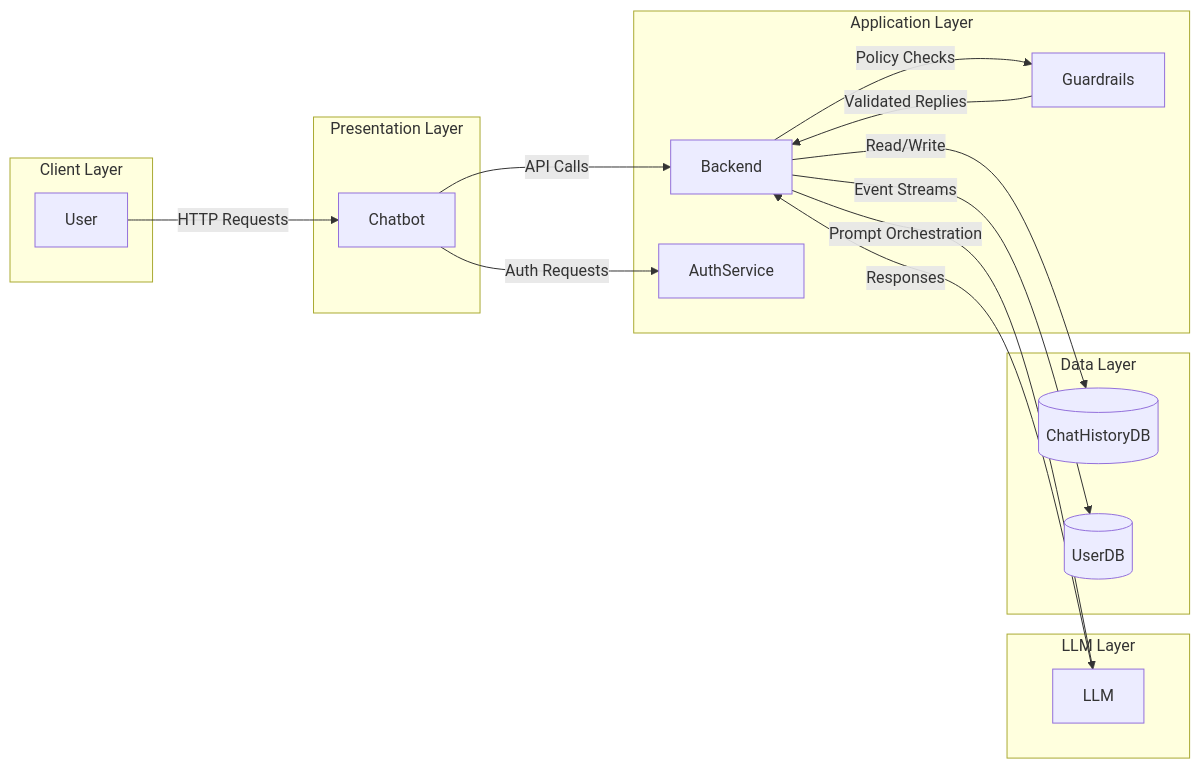
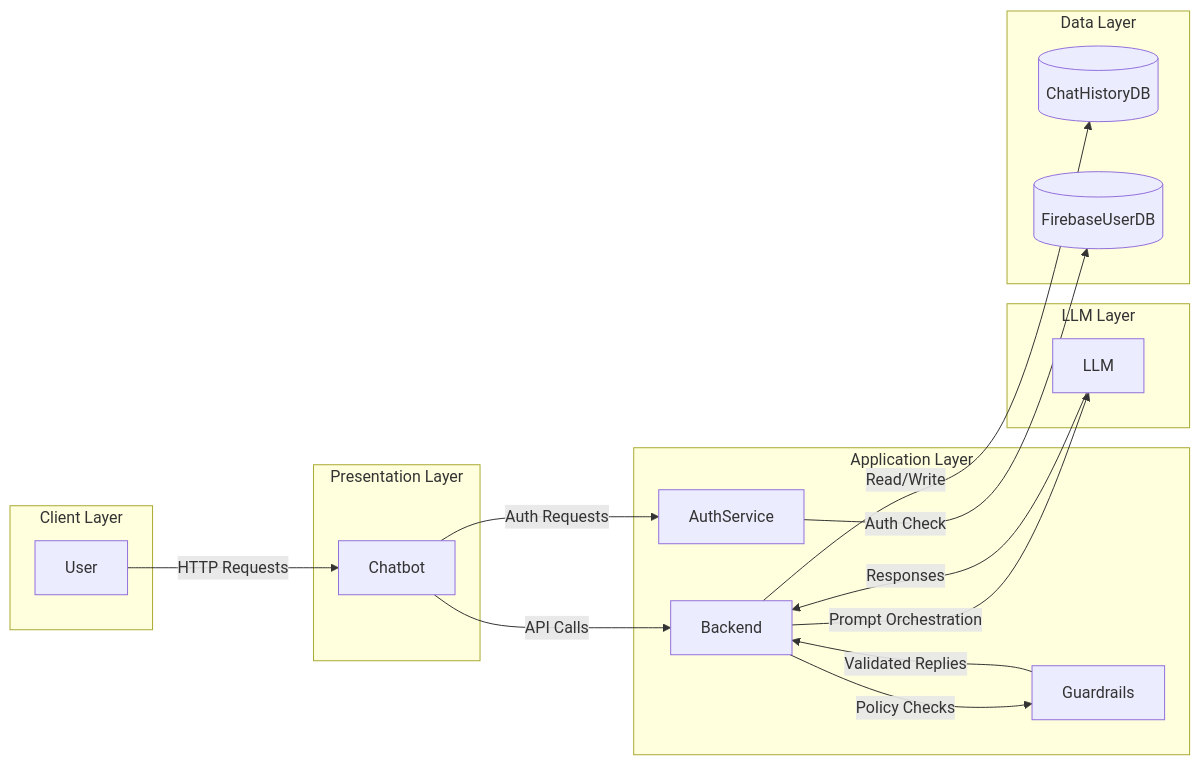
The third of 3 diagrams in diagrams.md (sidgyl-anz/guardrailsfe), drawn with Mermaid before and after one commit.

````diff
--- a/diagrams.md
+++ b/diagrams.md
@@ -47,35 +47,35 @@
 ```mermaid
 flowchart LR
     subgraph Client Layer
         U[User]
     end
 
     subgraph Presentation Layer
-        W[Chatbot]
+        C[Chatbot]
     end
 
     subgraph Application Layer
         B[Backend]
         G[Guardrails]
         A[AuthService]
     end
 
     subgraph LLM Layer
-        M[LLM]
+        L[LLM]
     end
 
     subgraph Data Layer
         D[(ChatHistoryDB)]
-        L[(UserDB)]
+        F[(FirebaseUserDB)]
     end
 
-    U -- HTTP Requests --> W
-    W -- API Calls --> B
-    W -- Auth Requests --> A
+    U -- HTTP Requests --> C
+    C -- API Calls --> B
+    C -- Auth Requests --> A
+    A -- Auth Check --> F
     B -- Policy Checks --> G
-    B -- Prompt Orchestration --> M
-    M -- Responses --> B
     G -- Validated Replies --> B
+    B -- Prompt Orchestration --> L
+    L -- Responses --> B
     B -- Read/Write --> D
-    B -- Event Streams --> L
 ```
````
